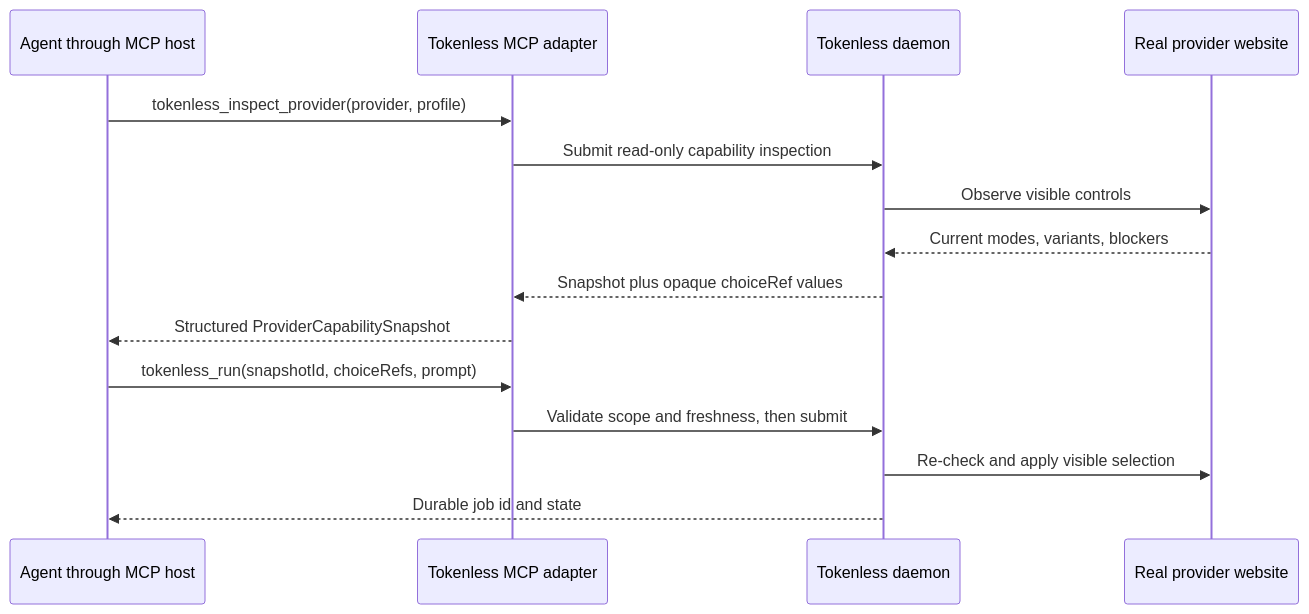
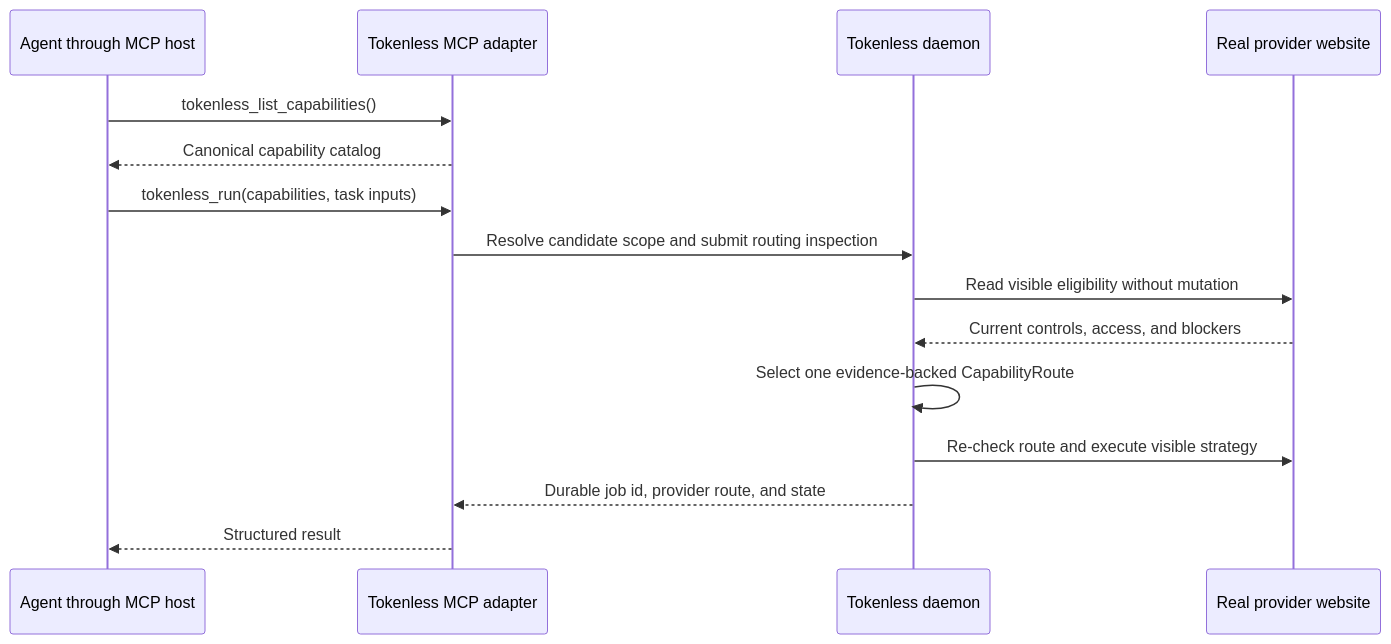
One commit to jazelly/tokenless changed the diagram in docs/roadmaps/agent-session-integrations.md. Above: the diagram before and after it, drawn with Mermaid. The commit also changed other lines of this file and 2 other files, not shown here.

Commit message:
docs: refine capability-first agent routing roadmap

````diff
--- a/docs/roadmaps/agent-session-integrations.md
+++ b/docs/roadmaps/agent-session-integrations.md
@@ -74,18 +163,18 @@
 ```mermaid
 sequenceDiagram
   participant Agent as Agent through MCP host
   participant MCP as Tokenless MCP adapter
   participant Daemon as Tokenless daemon
   participant Provider as Real provider website
 
-  Agent->>MCP: tokenless_inspect_provider(provider, profile)
-  MCP->>Daemon: Submit read-only capability inspection
-  Daemon->>Provider: Observe visible controls
-  Provider-->>Daemon: Current modes, variants, blockers
-  Daemon-->>MCP: Snapshot plus opaque choiceRef values
-  MCP-->>Agent: Structured ProviderCapabilitySnapshot
-  Agent->>MCP: tokenless_run(snapshotId, choiceRefs, prompt)
-  MCP->>Daemon: Validate scope and freshness, then submit
-  Daemon->>Provider: Re-check and apply visible selection
-  Daemon-->>Agent: Durable job id and state
+  Agent->>MCP: tokenless_list_capabilities()
+  MCP-->>Agent: Canonical capability catalog
+  Agent->>MCP: tokenless_run(capabilities, task inputs)
+  MCP->>Daemon: Resolve candidate scope and submit routing inspection
+  Daemon->>Provider: Read visible eligibility without mutation
+  Provider-->>Daemon: Current controls, access, and blockers
+  Daemon->>Daemon: Select one evidence-backed CapabilityRoute
+  Daemon->>Provider: Re-check route and execute visible strategy
+  Daemon-->>MCP: Durable job id, provider route, and state
+  MCP-->>Agent: Structured result
 ```
````
